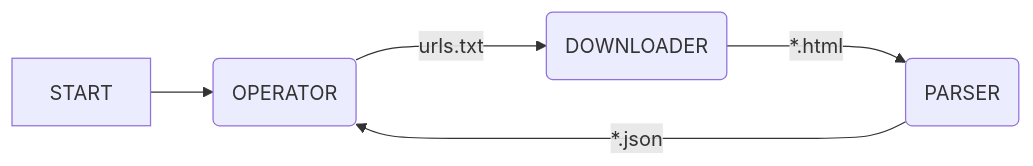
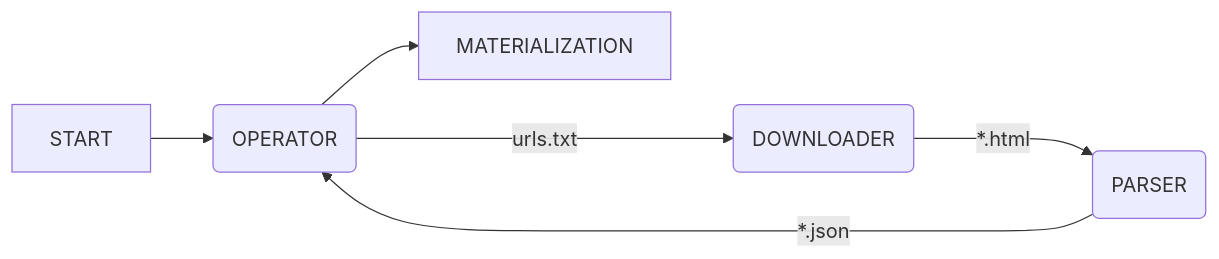
Before and after one commit to Glutexo/onigumo: the diagram in README.md, drawn with Mermaid.

Commit message:
Add materialization field to diagram

````diff
--- a/README.md
+++ b/README.md
@@ -17,7 +17,8 @@
 ```mermaid
 flowchart LR
     START             -->           operator(OPERATOR)
     operator    -- urls.txt --->    downloader(DOWNLOADER)
     downloader  -- *.html --->      parser(PARSER)
     parser      -- *.json -->       operator
+    operator           -->          MATERIALIZATION
 ```
````
